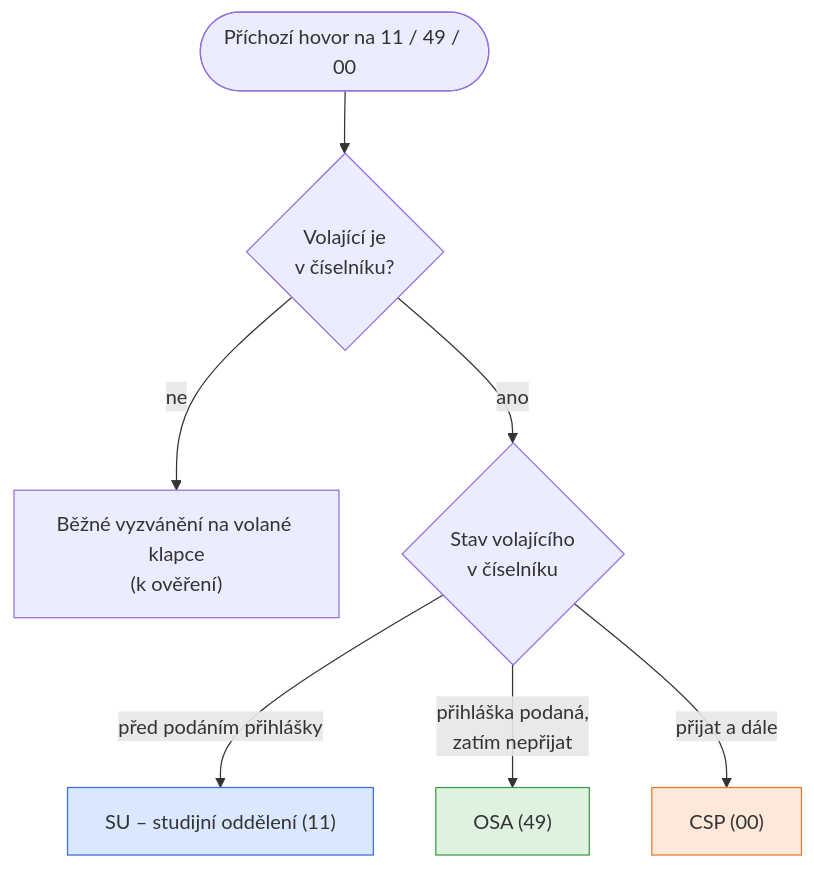
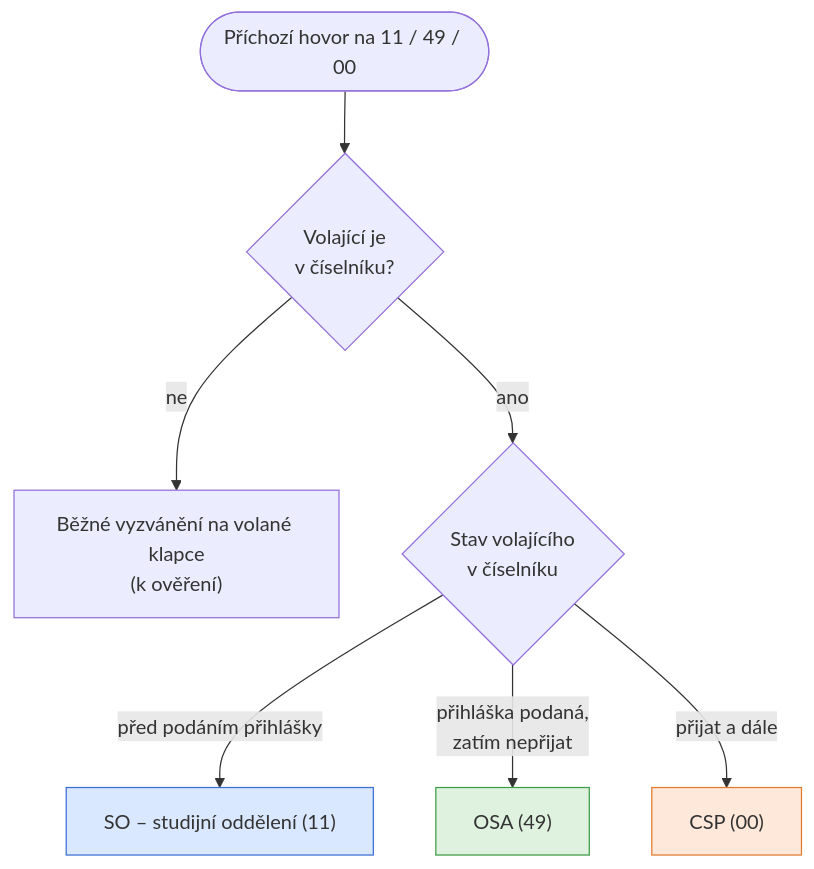
One commit to HanzCZ/ETKmanualy changed the first of 5 diagrams in diagramy/smerovani-prichozich-hovoru.md. Above: the diagram before and after it, drawn with Mermaid. The commit also changed other lines of this file, not shown here.

````diff
--- a/diagramy/smerovani-prichozich-hovoru.md
+++ b/diagramy/smerovani-prichozich-hovoru.md
@@ -22,15 +22,15 @@
 ```mermaid
 flowchart TD
     START([Příchozí hovor na 11 / 49 / 00])
     START --> KNOWN{Volající je<br>v číselníku?}
     KNOWN -- "ne" --> DEFAULT["Běžné vyzvánění na volané klapce<br>(k ověření)"]
     KNOWN -- "ano" --> STAV{Stav volajícího<br>v číselníku}
 
-    STAV -- "před podáním přihlášky" --> SU["SU – studijní oddělení (11)"]
+    STAV -- "před podáním přihlášky" --> SO["SO – studijní oddělení (11)"]
     STAV -- "přihláška podaná,<br>zatím nepřijat" --> OSA["OSA (49)"]
     STAV -- "přijat a dále" --> CSP["CSP (00)"]
 
-    style SU fill:#d9e8ff,stroke:#3b6fd4
+    style SO fill:#d9e8ff,stroke:#3b6fd4
     style OSA fill:#dff2e0,stroke:#3f9c46
     style CSP fill:#fde8d9,stroke:#e07a2f
 ```
````
